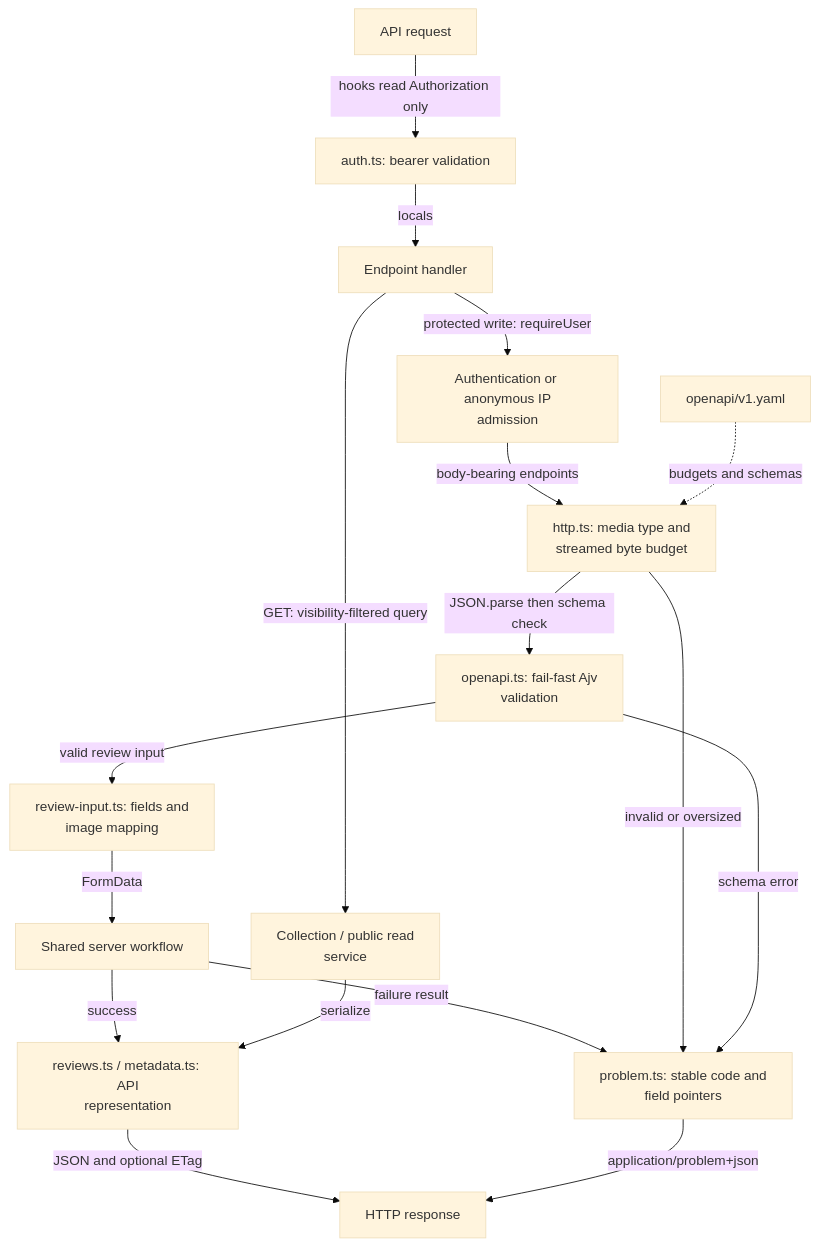
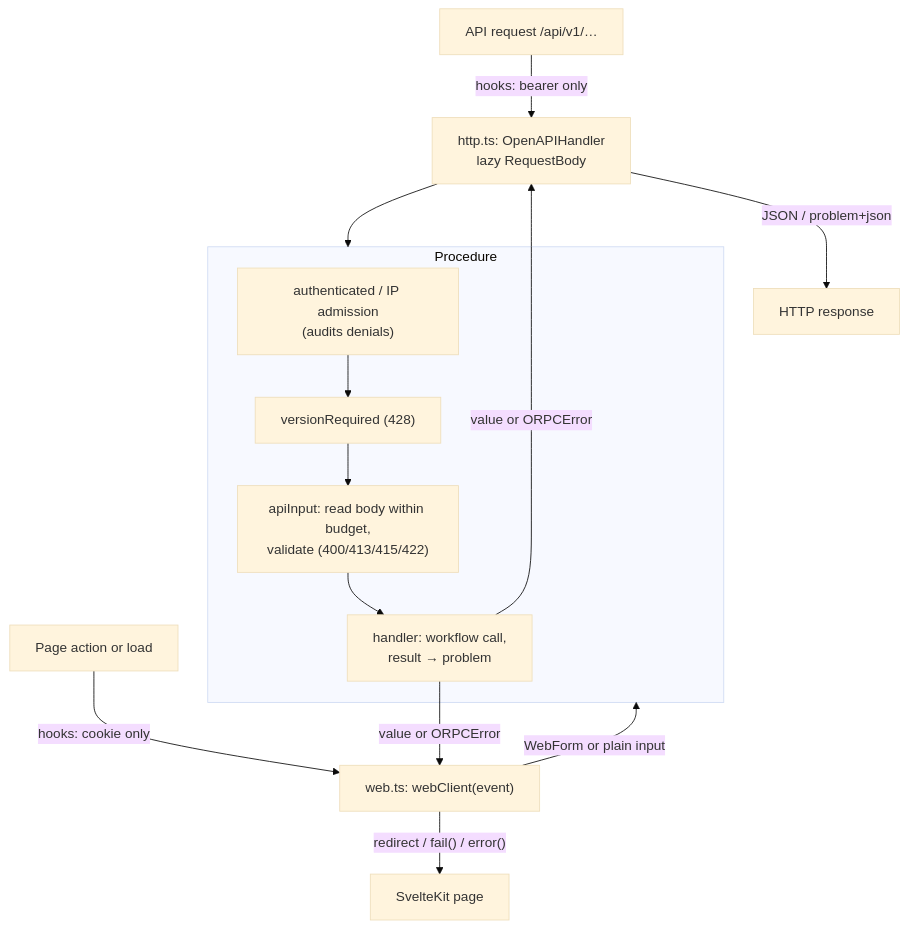
Before and after one commit to jonathan-lindqvist/enstorstarkreview: the diagram in src/lib/server/rpc/README.md, drawn with Mermaid (base theme). The commit also changed other lines of this file and 17 other files, not shown here.

````diff
--- a/src/lib/server/rpc/README.md
+++ b/src/lib/server/rpc/README.md
@@ -12,19 +42,16 @@
 ```mermaid
 flowchart TD
-    Request["API request"] -->|"hooks read Authorization only"| Session["auth.ts: bearer validation"]
-    Session -->|"locals"| Route["Endpoint handler"]
-    Route -->|"protected write: requireUser"| Admit["Authentication or anonymous IP<br/>admission"]
-    Admit -->|"body-bearing endpoints"| Body["http.ts: media type and<br/>streamed byte budget"]
-    Spec["openapi/v1.yaml"] -.->|"budgets and schemas"| Body
-    Body -->|"JSON.parse then schema check"| Validate["openapi.ts: fail-fast Ajv<br/>validation"]
-    Validate -->|"valid review input"| Input["review-input.ts: fields and<br/>image mapping"]
-    Input -->|"FormData"| Workflow["Shared server workflow"]
-    Route -->|"GET: visibility-filtered query"| Query["Collection / public read<br/>service"]
-    Workflow -->|"success"| Output["reviews.ts / metadata.ts: API<br/>representation"]
-    Query -->|"serialize"| Output
-    Output -->|"JSON and optional ETag"| Response["HTTP response"]
-    Workflow -->|"failure result"| Problem["problem.ts: stable code and<br/>field pointers"]
-    Body -->|"invalid or oversized"| Problem
-    Validate -->|"schema error"| Problem
-    Problem -->|"application/problem+json"| Response
+    Api["API request /api/v1/…"] -->|"hooks: bearer only"| Door["http.ts: OpenAPIHandler<br/>lazy RequestBody"]
+    Web["Page action or load"] -->|"hooks: cookie only"| Client["web.ts: webClient(event)"]
+    Door --> Procedure
+    Client -->|"WebForm or plain input"| Procedure
+    subgraph Procedure["Procedure"]
+        Auth["authenticated / IP admission<br/>(audits denials)"] --> Version["versionRequired (428)"]
+        Version --> Input["apiInput: read body within budget,<br/>validate (400/413/415/422)"]
+        Input --> Handler["handler: workflow call,<br/>result → problem"]
+    end
+    Handler -->|"value or ORPCError"| Door
+    Handler -->|"value or ORPCError"| Client
+    Door -->|"JSON / problem+json"| ApiResponse["HTTP response"]
+    Client -->|"redirect / fail() / error()"| Page["SvelteKit page"]
 ```
````
